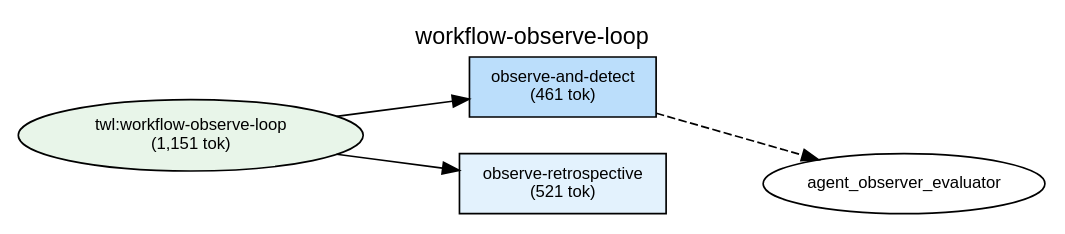
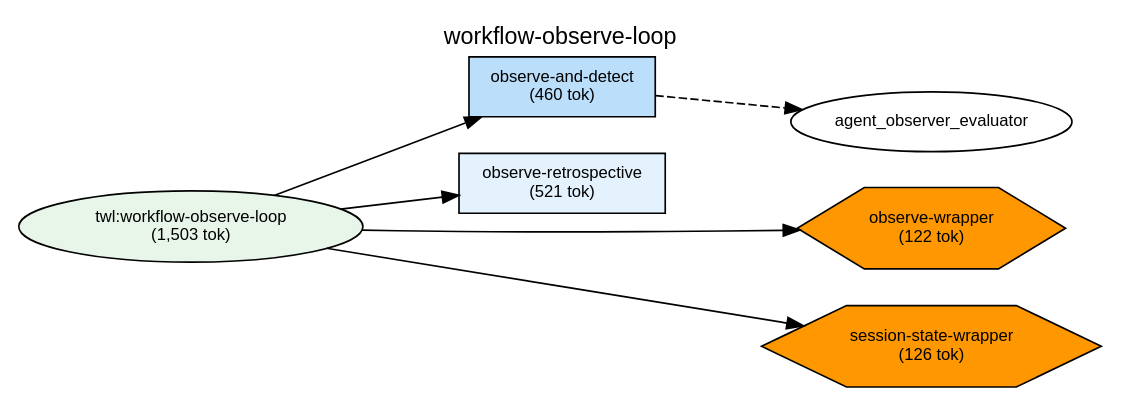
Before and after one commit to shuu5/twill: the diagram in plugins/twl/docs/deps-workflow-observe-loop.dot, drawn with Graphviz. The commit also changed 21 other files, not shown here.

```diff
--- a/plugins/twl/docs/deps-workflow-observe-loop.dot
+++ b/plugins/twl/docs/deps-workflow-observe-loop.dot
@@ -1,47 +1,55 @@
 digraph Dependencies {
     // Graph settings
     rankdir=LR;
     ranksep=0.8;
     nodesep=0.3;
     fontname="Helvetica";
     node [fontname="Helvetica", fontsize=10];
     edge [fontname="Helvetica", fontsize=9];
     label="workflow-observe-loop";
     labelloc=t;
     fontsize=14;
 
     // L0: Controller Skills
 
     // L0: Launchers
 
     // L0.5: Workflow Skills
-    skill_workflow_observe_loop [label="twl:workflow-observe-loop\n(1,151 tok)", shape=ellipse, style=filled, fillcolor="#e8f5e9"];
+    skill_workflow_observe_loop [label="twl:workflow-observe-loop\n(1,503 tok)", shape=ellipse, style=filled, fillcolor="#e8f5e9"];
 
     // Reference Skills
 
     // L1: Direct Commands
-    cmd_observe_and_detect [label="observe-and-detect\n(461 tok)", shape=box, style=filled, fillcolor="#bbdefb"];
+    cmd_observe_and_detect [label="observe-and-detect\n(460 tok)", shape=box, style=filled, fillcolor="#bbdefb"];
     cmd_observe_retrospective [label="observe-retrospective\n(521 tok)", shape=box, style=filled, fillcolor="#e3f2fd"];
 
     // L2: Sub Commands
 
     // L3: Agents
 
     // L3.5: Scripts
+    script_observe_wrapper [label="observe-wrapper\n(122 tok)", shape=hexagon, style=filled, fillcolor="#FF9800"];
+    script_session_state_wrapper [label="session-state-wrapper\n(126 tok)", shape=hexagon, style=filled, fillcolor="#FF9800"];
 
     // L4: External
 
     // Layer constraints
     { rank=same; skill_workflow_observe_loop; }
     { rank=same; cmd_observe_and_detect; cmd_observe_retrospective; }
+    { rank=same; script_observe_wrapper; script_session_state_wrapper; }
 
     // Edges
     skill_workflow_observe_loop -> cmd_observe_and_detect;
     skill_workflow_observe_loop -> cmd_observe_retrospective;
+    skill_workflow_observe_loop -> script_observe_wrapper;
+    skill_workflow_observe_loop -> script_session_state_wrapper;
     cmd_observe_and_detect -> agent_observer_evaluator [style=dashed];
 
     // Ordering constraints (invisible edges)
     cmd_observe_retrospective -> agent_observer_evaluator [style=invis, weight=10];
     cmd_observe_and_detect -> cmd_observe_retrospective [style=invis, weight=10];
+    cmd_observe_retrospective -> script_observe_wrapper [style=invis, weight=10];
+    script_observe_wrapper -> script_session_state_wrapper [style=invis, weight=10];
+    script_observe_wrapper -> script_session_state_wrapper [style=invis, weight=10];
 
 }
```
